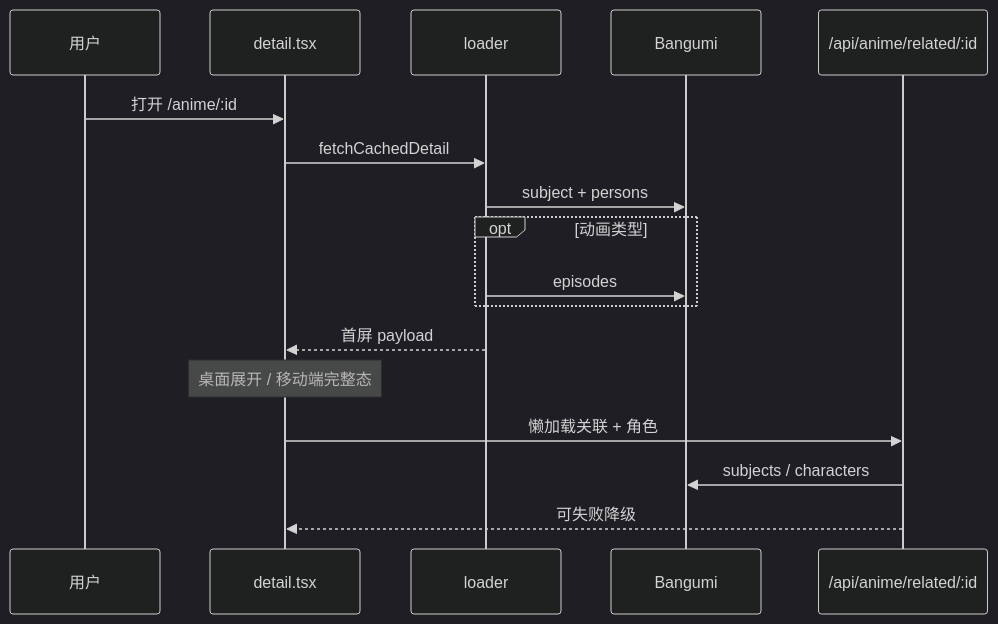
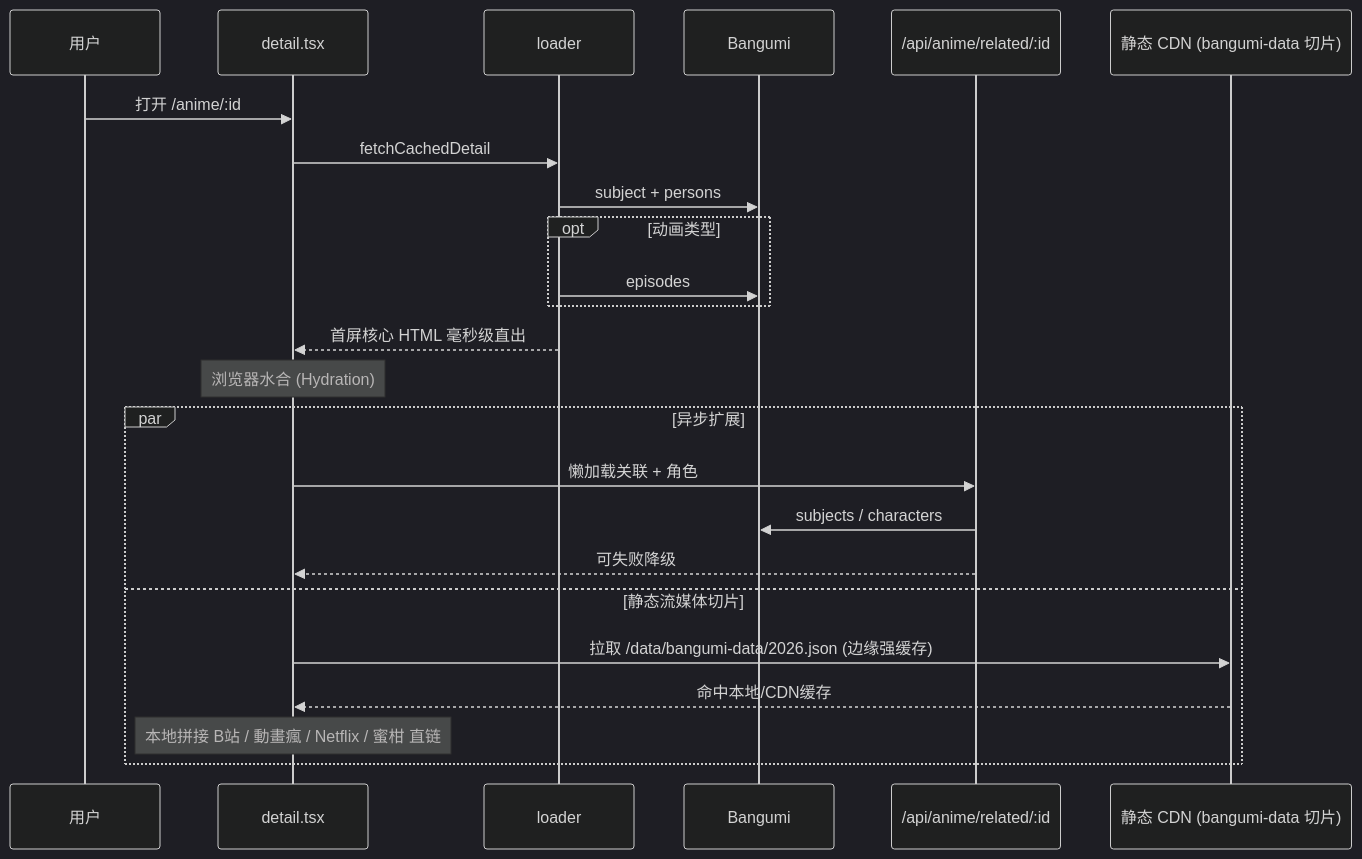
Before and after one commit to yitom486/animate-site: the fourth of 8 diagrams in docs/architecture.md, drawn with Mermaid (dark theme). The commit also changed other lines of this file and 30 other files, not shown here.

Commit message:
feat(streaming): 引入 bangumi-data 静态分片与多平台正版播放聚合 (021)

````diff
--- a/docs/architecture.md
+++ b/docs/architecture.md
@@ -122,20 +124,27 @@
 ```mermaid
 sequenceDiagram
   participant U as 用户
   participant D as detail.tsx
   participant L as loader
   participant B as Bangumi
   participant A as /api/anime/related/:id
+  participant CDN as 静态 CDN (bangumi-data 切片)
 
   U->>D: 打开 /anime/:id
   D->>L: fetchCachedDetail
   L->>B: subject + persons
   opt 动画类型
     L->>B: episodes
   end
-  L-->>D: 首屏 payload
-  Note over D: 桌面展开 / 移动端完整态
-  D->>A: 懒加载关联 + 角色
-  A->>B: subjects / characters
-  A-->>D: 可失败降级
+  L-->>D: 首屏核心 HTML 毫秒级直出
+  Note over D: 浏览器水合 (Hydration)
+  par 异步扩展
+    D->>A: 懒加载关联 + 角色
+    A->>B: subjects / characters
+    A-->>D: 可失败降级
+  and 静态流媒体切片
+    D->>CDN: 拉取 /data/bangumi-data/2026.json (边缘强缓存)
+    CDN-->>D: 命中本地/CDN缓存
+    Note over D: 本地拼接 B站 / 動畫瘋 / Netflix / 蜜柑 直链
+  end
 ```
````
